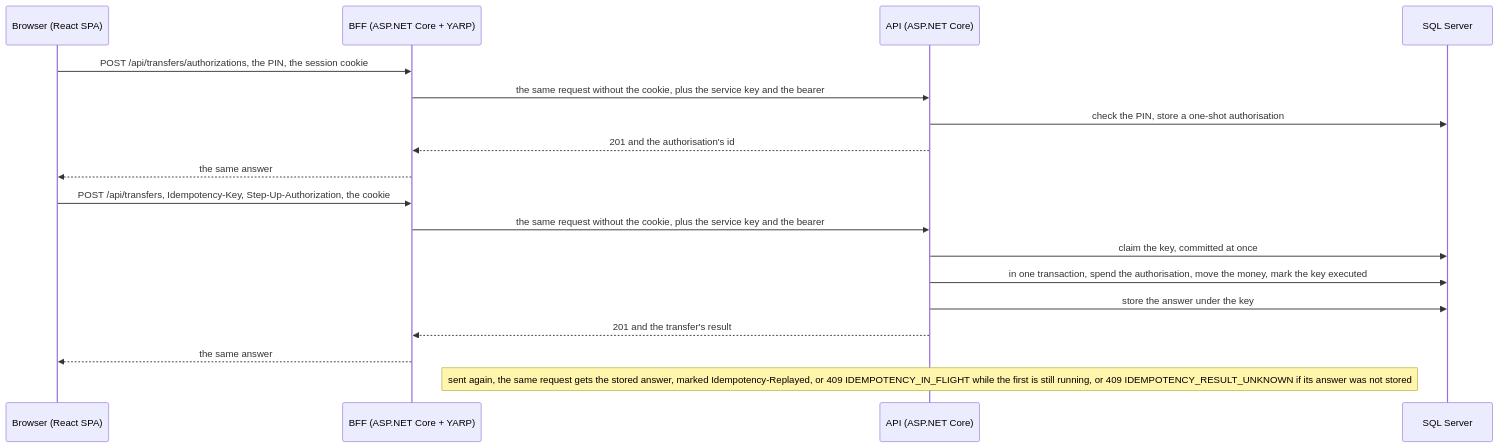
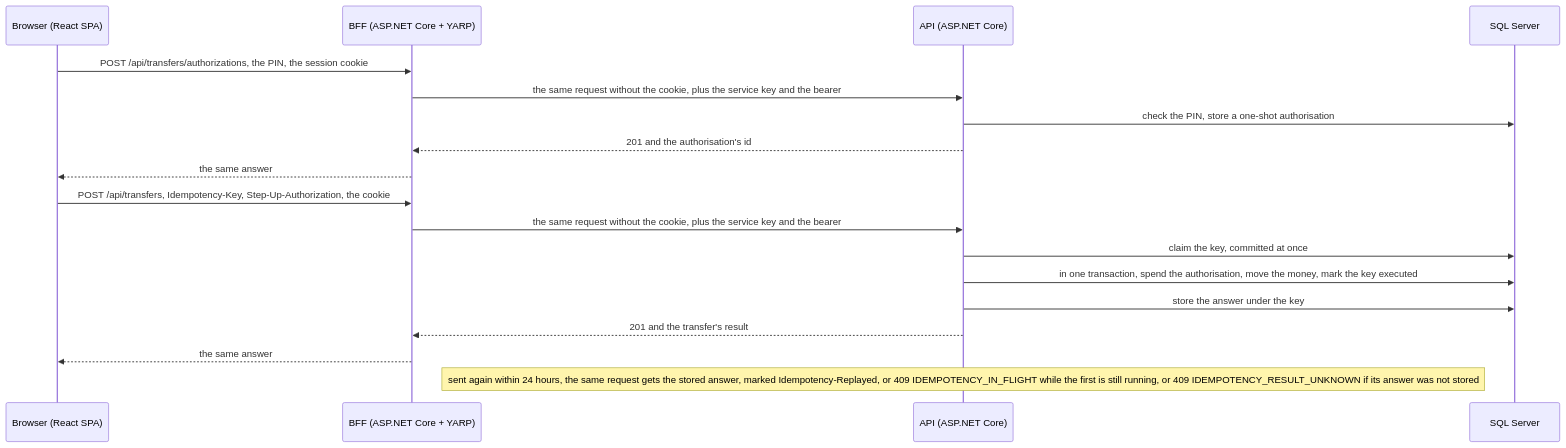
The diagram in docs/architecture/overview.md (Gurgant/azurebank-v2), drawn with Mermaid before and after one commit. The commit also changed other lines of this file, not shown here.

First line of the commit message:
Say that a key's record is kept for 24 hours

````diff
--- a/docs/architecture/overview.md
+++ b/docs/architecture/overview.md
@@ -25,21 +25,21 @@
 ```mermaid
 sequenceDiagram
     participant B as Browser (React SPA)
     participant F as BFF (ASP.NET Core + YARP)
     participant A as API (ASP.NET Core)
     participant D as SQL Server
 
     B->>F: POST /api/transfers/authorizations, the PIN, the session cookie
     F->>A: the same request without the cookie, plus the service key and the bearer
     A->>D: check the PIN, store a one-shot authorisation
     A-->>F: 201 and the authorisation's id
     F-->>B: the same answer
     B->>F: POST /api/transfers, Idempotency-Key, Step-Up-Authorization, the cookie
     F->>A: the same request without the cookie, plus the service key and the bearer
     A->>D: claim the key, committed at once
     A->>D: in one transaction, spend the authorisation, move the money, mark the key executed
     A->>D: store the answer under the key
     A-->>F: 201 and the transfer's result
     F-->>B: the same answer
-    Note over A: sent again, the same request gets the stored answer, marked Idempotency-Replayed, or 409 IDEMPOTENCY_IN_FLIGHT while the first is still running, or 409 IDEMPOTENCY_RESULT_UNKNOWN if its answer was not stored
+    Note over A: sent again within 24 hours, the same request gets the stored answer, marked Idempotency-Replayed, or 409 IDEMPOTENCY_IN_FLIGHT while the first is still running, or 409 IDEMPOTENCY_RESULT_UNKNOWN if its answer was not stored
 ```
````
